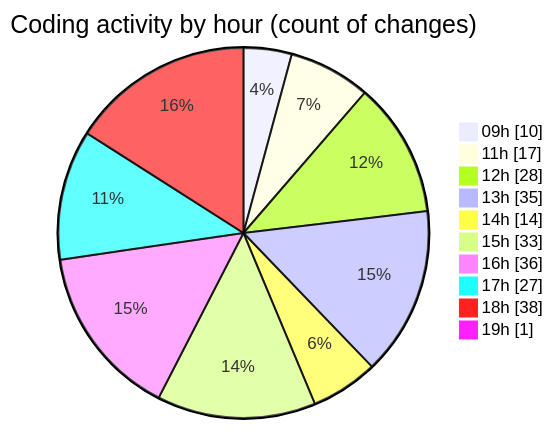
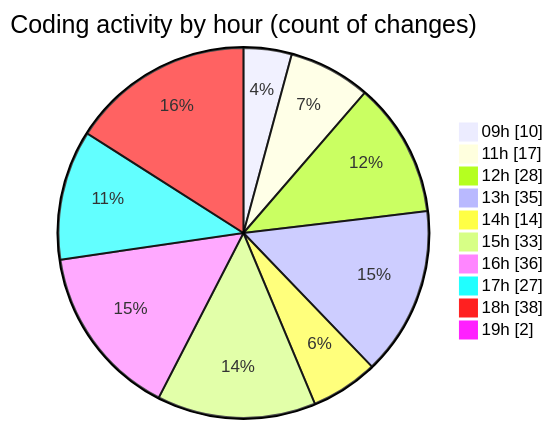
Before and after one commit to momahboobian/code-tracking: the second of 2 diagrams in 2026-05-07/cda/README.md, drawn with Mermaid. The commit also changed other lines of this file and 1 other file, not shown here.

````diff
--- a/2026-05-07/cda/README.md
+++ b/2026-05-07/cda/README.md
@@ -58,14 +58,14 @@
 ```mermaid
 pie showData
 title Coding activity by hour (count of changes)
 "09h" : 10
 "11h" : 17
 "12h" : 28
 "13h" : 35
 "14h" : 14
 "15h" : 33
 "16h" : 36
 "17h" : 27
 "18h" : 38
-"19h" : 1
+"19h" : 2
 ```
````
